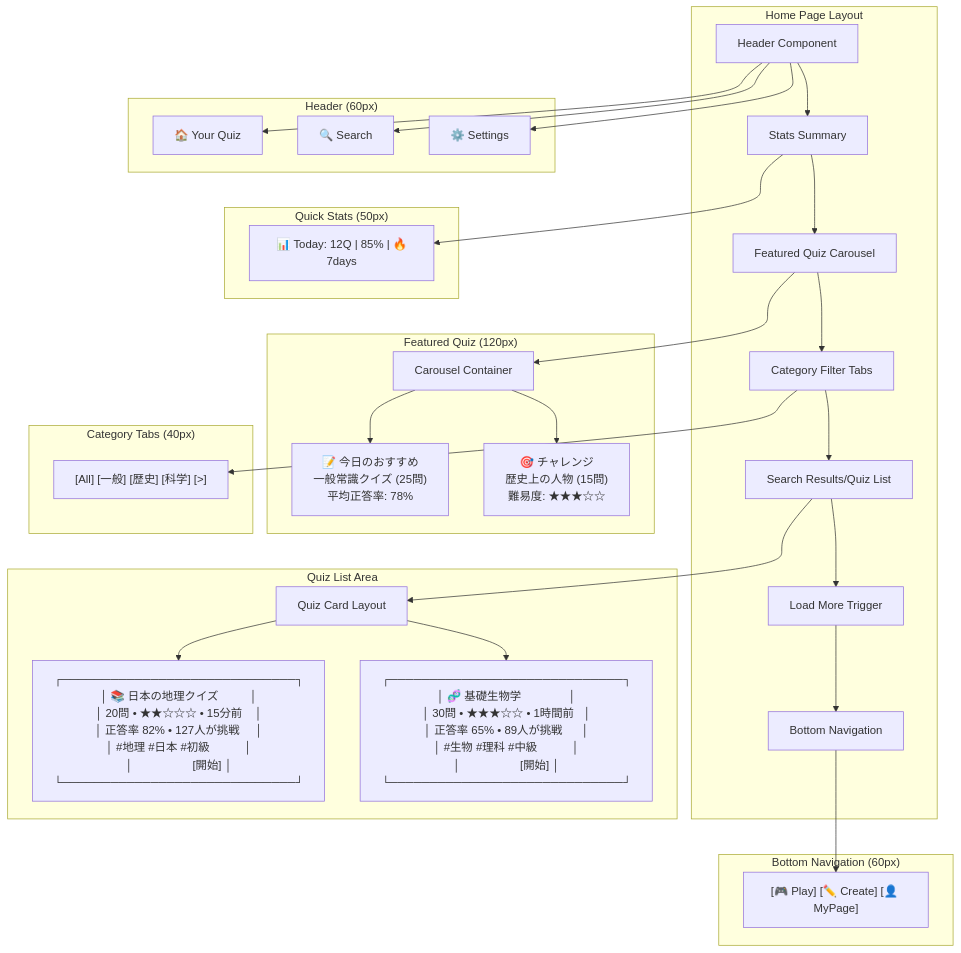
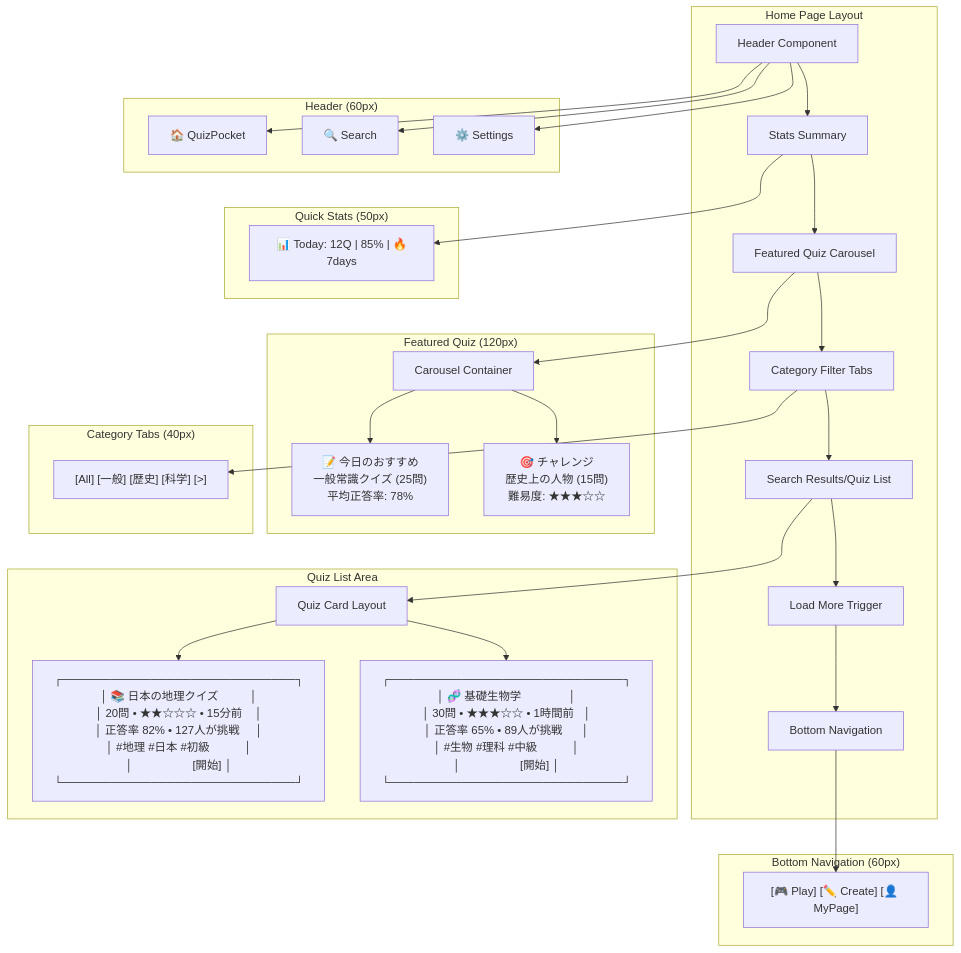
One commit to tanacchi/your-quiz changed the second of 10 diagrams in docs/project/ui-design/3.01_wireframes/home-page.md. Above: the diagram before and after it, drawn with Mermaid. The commit also changed other lines of this file and 17 other files, not shown here.

````diff
--- a/docs/project/ui-design/3.01_wireframes/home-page.md
+++ b/docs/project/ui-design/3.01_wireframes/home-page.md
@@ -69,41 +69,41 @@
 ```mermaid
 graph TD
     subgraph "Home Page Layout"
         A[Header Component] --> B[Stats Summary]
         B --> C[Featured Quiz Carousel]
         C --> D[Category Filter Tabs]
         D --> E[Search Results/Quiz List]
         E --> F[Load More Trigger]
         F --> G[Bottom Navigation]
     end
     
     subgraph "Header (60px)"
-        A --> A1["🏠 Your Quiz"]
+        A --> A1["🏠 QuizPocket"]
         A --> A2["🔍 Search"]
         A --> A3["⚙️ Settings"]
     end
     
     subgraph "Quick Stats (50px)"
         B --> B1["📊 Today: 12Q | 85% | 🔥7days"]
     end
     
     subgraph "Featured Quiz (120px)"
         C --> C1[Carousel Container]
         C1 --> C2["📝 今日のおすすめ<br/>一般常識クイズ (25問)<br/>平均正答率: 78%"]
         C1 --> C3["🎯 チャレンジ<br/>歴史上の人物 (15問)<br/>難易度: ★★★☆☆"]
     end
     
     subgraph "Category Tabs (40px)"
         D --> D1["[All] [一般] [歴史] [科学] [>]"]
     end
     
     subgraph "Quiz List Area"
         E --> E1[Quiz Card Layout]
         E1 --> E2["┌─────────────────────────────┐<br/>│ 📚 日本の地理クイズ          │<br/>│ 20問 • ★★☆☆☆ • 15分前    │<br/>│ 正答率 82% • 127人が挑戦     │<br/>│ #地理 #日本 #初級           │<br/>│                   [開始] │<br/>└─────────────────────────────┘"]
         E1 --> E3["┌─────────────────────────────┐<br/>│ 🧬 基礎生物学               │<br/>│ 30問 • ★★★☆☆ • 1時間前   │<br/>│ 正答率 65% • 89人が挑戦      │<br/>│ #生物 #理科 #中級           │<br/>│                   [開始] │<br/>└─────────────────────────────┘"]
     end
     
     subgraph "Bottom Navigation (60px)"
         G --> G1["[🎮 Play] [✏️ Create] [👤 MyPage]"]
     end
 ```
````
